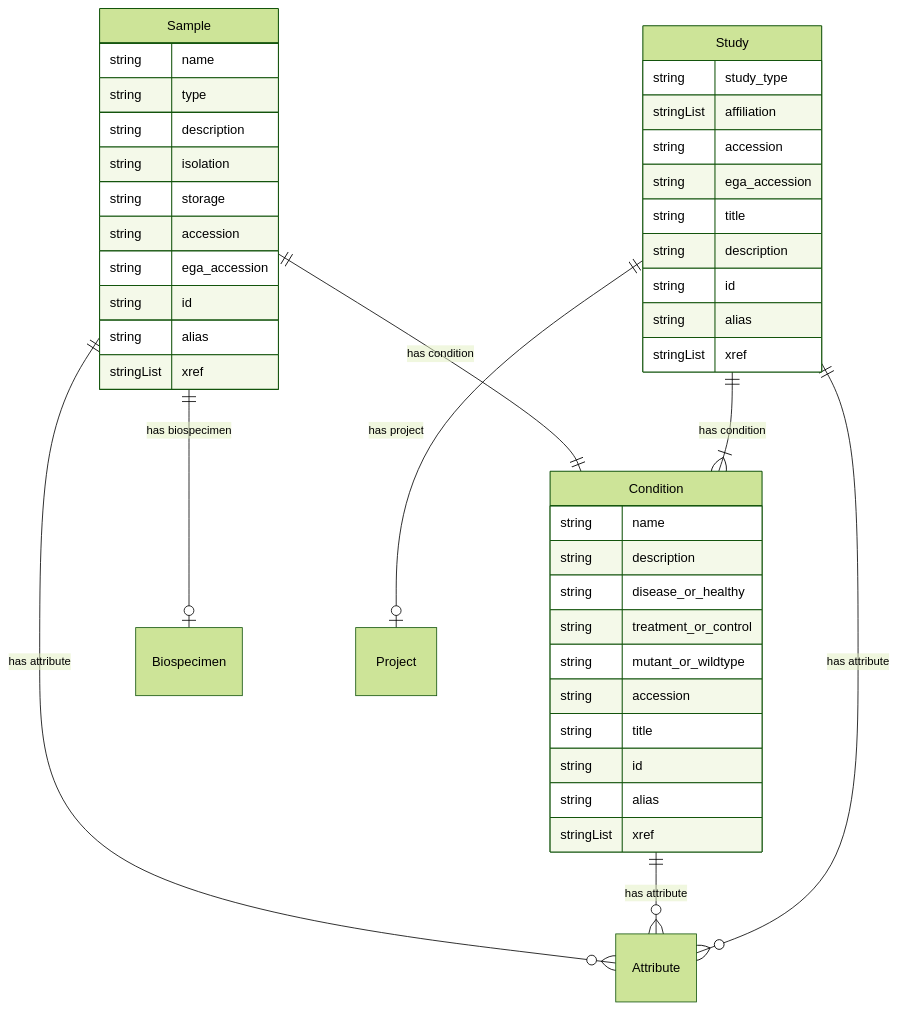
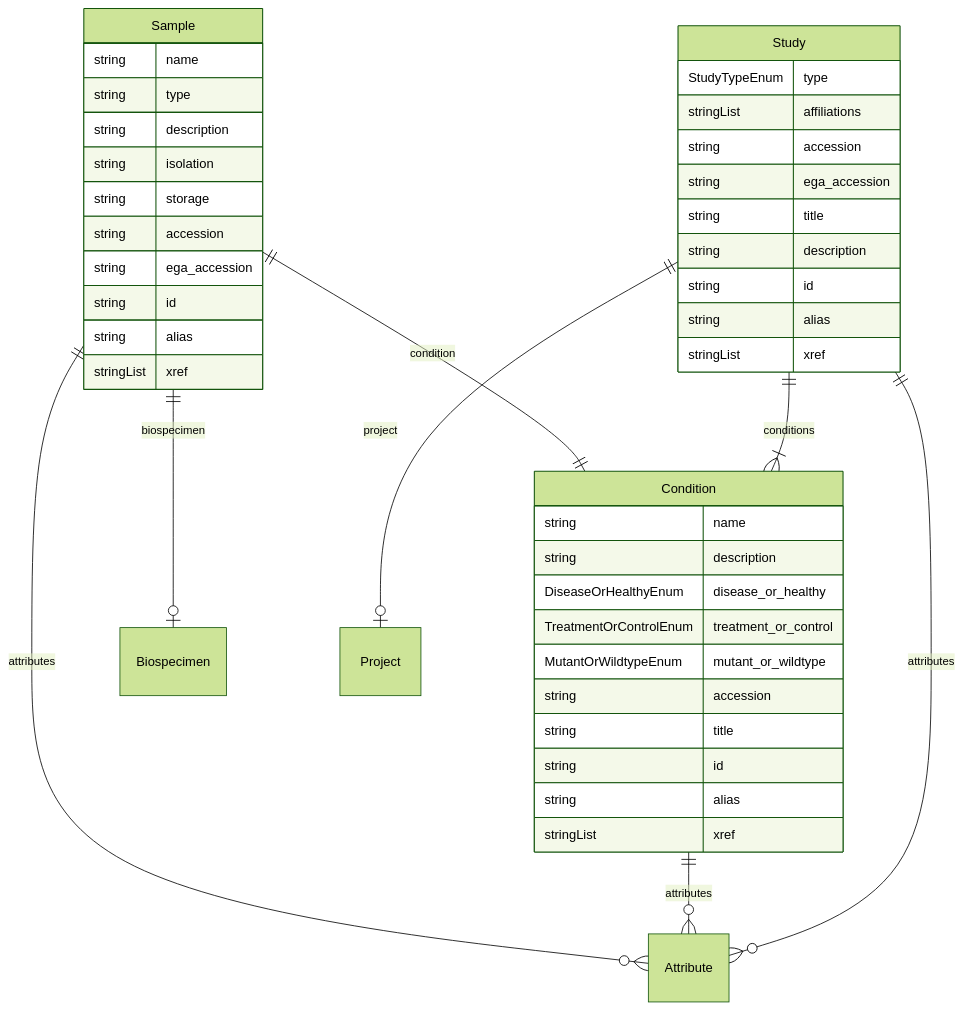
Before and after one commit to ghga-de/ghga-metadata-schema: the seventh of 7 diagrams in docs/entity_relations.md, drawn with Mermaid (forest theme). The commit also changed other lines of this file and 590 other files, not shown here.

````diff
--- a/docs/entity_relations.md
+++ b/docs/entity_relations.md
@@ -370,47 +366,47 @@
 ```mermaid
 erDiagram
 Sample {
     string name  
     string type  
     string description  
     string isolation  
     string storage  
     string accession  
     string ega_accession  
     string id  
     string alias  
     stringList xref  
 }
 Condition {
     string name  
     string description  
-    string disease_or_healthy
-    string treatment_or_control
-    string mutant_or_wildtype
+    DiseaseOrHealthyEnum disease_or_healthy  
+    TreatmentOrControlEnum treatment_or_control  
+    MutantOrWildtypeEnum mutant_or_wildtype  
     string accession  
     string title  
     string id  
     string alias  
     stringList xref  
 }
 Study {
-    string study_type
-    stringList affiliation  
+    StudyTypeEnum type  
+    stringList affiliations  
     string accession  
     string ega_accession  
     string title  
     string description  
     string id  
     string alias  
     stringList xref  
 }
 
-Sample ||--|o Biospecimen : "has biospecimen"
-Sample ||--|| Condition : "has condition"
-Sample ||--}o Attribute : "has attribute"
-Condition ||--}o Attribute : "has attribute"
-Study ||--|o Project : "has project"
-Study ||--}| Condition : "has condition"
-Study ||--}o Attribute : "has attribute"
+Sample ||--|o Biospecimen : "biospecimen"
+Sample ||--|| Condition : "condition"
+Sample ||--}o Attribute : "attributes"
+Condition ||--}o Attribute : "attributes"
+Study ||--|o Project : "project"
+Study ||--}| Condition : "conditions"
+Study ||--}o Attribute : "attributes"
 
 ```
````
